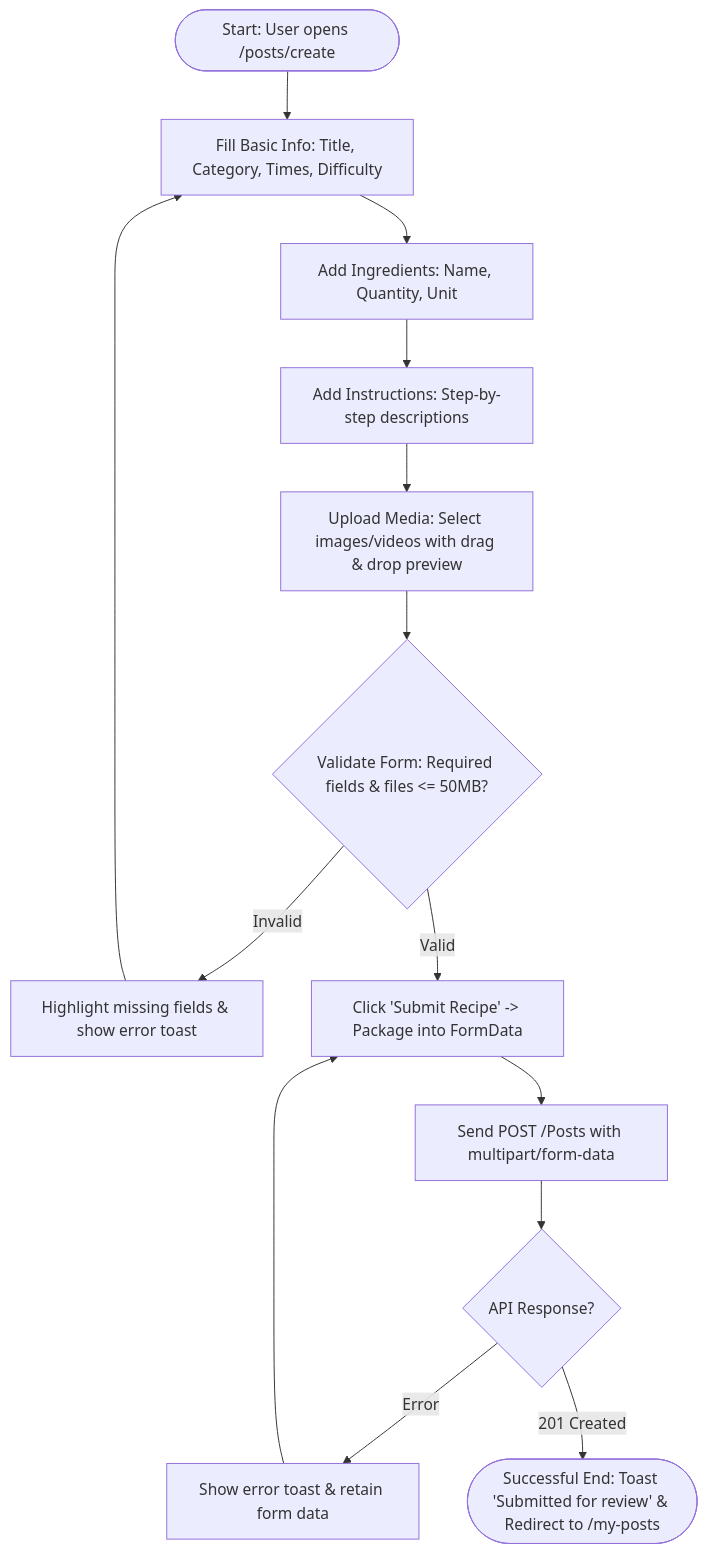
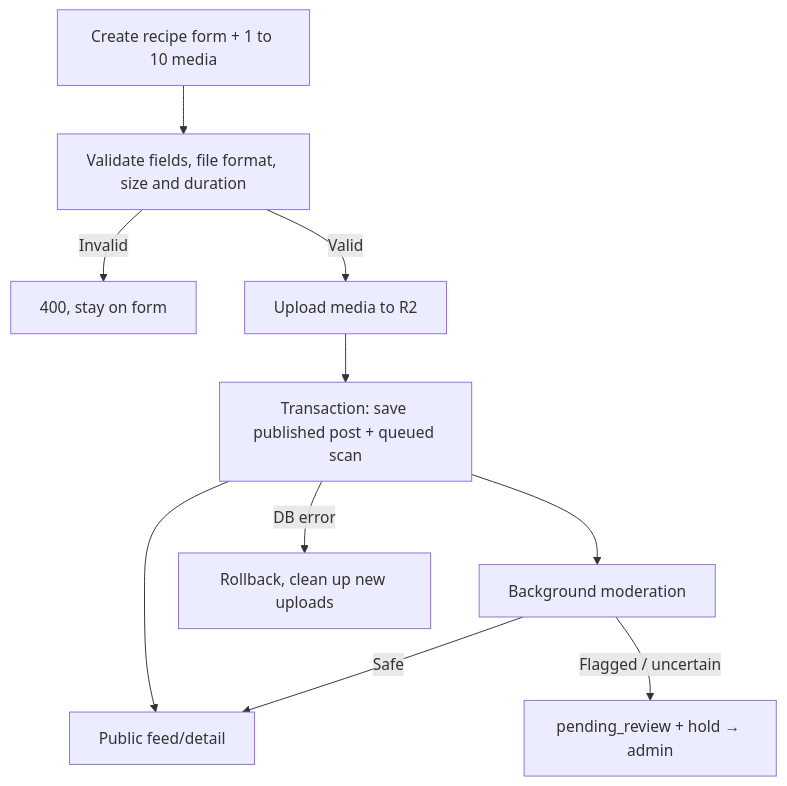
Diagram 14 of 56 in Design.MD (NguyenQuocTrong-bonmat/frontend-VeganHelperSystem), drawn with Mermaid before and after one commit. The commit also changed other lines of this file, not shown here.

Commit message:
docs: align design diagrams with current workflows

````diff
--- a/Design.MD
+++ b/Design.MD
@@ -1391,14 +600,12 @@
 ```mermaid
 flowchart TD
-    A([Start: User opens /posts/create]) --> B[Fill Basic Info: Title, Category, Times, Difficulty]
-    B --> C[Add Ingredients: Name, Quantity, Unit]
-    C --> D[Add Instructions: Step-by-step descriptions]
-    D --> E[Upload Media: Select images/videos with drag & drop preview]
-    E --> F{Validate Form: Required fields & files <= 50MB?}
-    F -->|Invalid| G[Highlight missing fields & show error toast] --> B
-    F -->|Valid| H[Click 'Submit Recipe' -> Package into FormData]
-    H --> I[Send POST /Posts with multipart/form-data]
-    I --> J{API Response?}
-    J -->|Error| K[Show error toast & retain form data] --> H
-    J -->|201 Created| L([Successful End: Toast 'Submitted for review' & Redirect to /my-posts])
+    A["Create recipe form + 1 to 10 media"] --> B["Validate fields, file format, size and duration"]
+    B -->|Invalid| C["400, stay on form"]
+    B -->|Valid| D["Upload media to R2"]
+    D --> E["Transaction: save published post + queued scan"]
+    E --> F["Public feed/detail"]
+    E --> G["Background moderation"]
+    G -->|Safe| F
+    G -->|Flagged / uncertain| H["pending_review + hold → admin"]
+    E -->|DB error| I["Rollback, clean up new uploads"]
 ```
````
